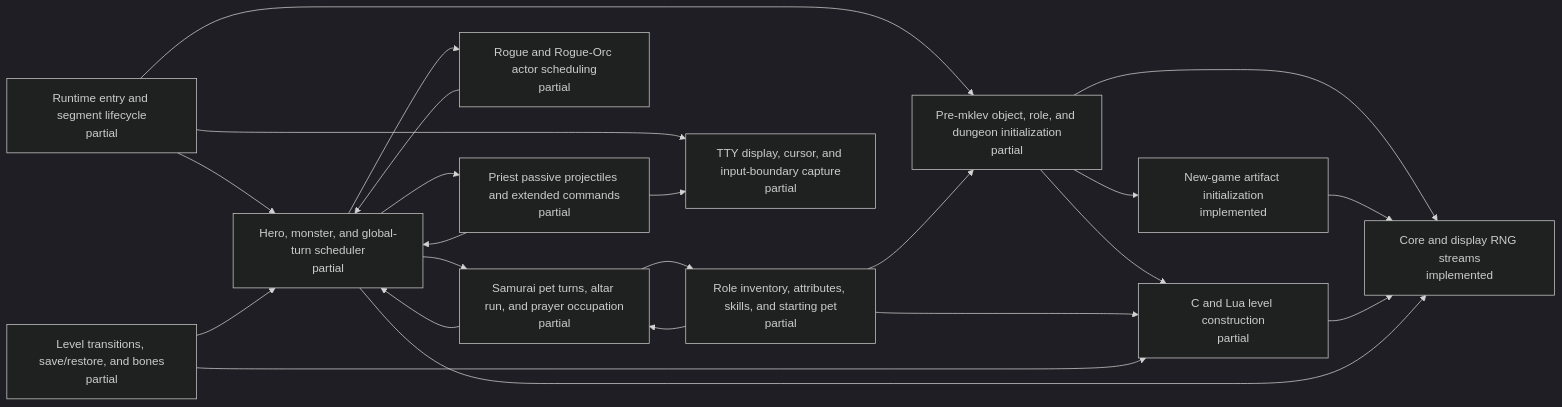
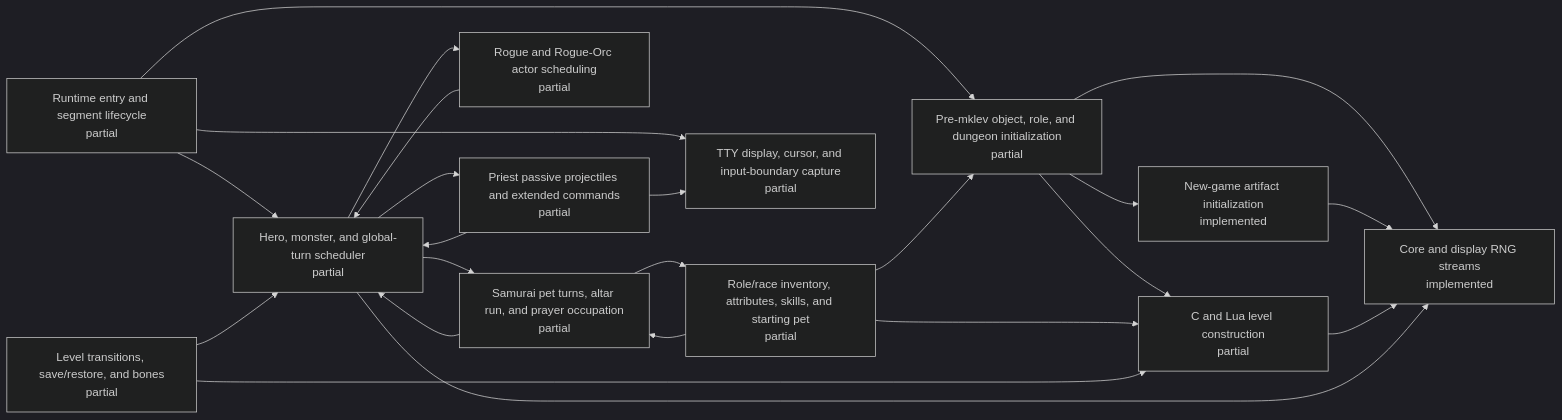
Before and after one commit to daoa0601/teleport-contest: the diagram in docs/architecture/c-lua-ownership.generated.md, drawn with Mermaid (dark theme). The commit also changed other lines of this file and 3 other files, not shown here.

````diff
--- a/docs/architecture/c-lua-ownership.generated.md
+++ b/docs/architecture/c-lua-ownership.generated.md
@@ -11,37 +11,37 @@
 ```mermaid
 flowchart LR
     n_runtime_entry["Runtime entry and segment lifecycle<br/>partial"]
     n_rng_core["Core and display RNG streams<br/>implemented"]
     n_startup_pre_mklev["Pre-mklev object, role, and dungeon initialization<br/>partial"]
     n_startup_artifacts["New-game artifact initialization<br/>implemented"]
-    n_startup_role_inventory["Role inventory, attributes, skills, and starting pet<br/>partial"]
+    n_startup_role_inventory["Role/race inventory, attributes, skills, and starting pet<br/>partial"]
     n_level_generation["C and Lua level construction<br/>partial"]
     n_turn_scheduler["Hero, monster, and global-turn scheduler<br/>partial"]
     n_samurai_pet_turns["Samurai pet turns, altar run, and prayer occupation<br/>partial"]
     n_rogue_actor_scheduling["Rogue and Rogue-Orc actor scheduling<br/>partial"]
     n_priest_passive_projectiles["Priest passive projectiles and extended commands<br/>partial"]
     n_tty_display["TTY display, cursor, and input-boundary capture<br/>partial"]
     n_level_transition_persistence["Level transitions, save/restore, and bones<br/>partial"]
     n_runtime_entry --> n_startup_pre_mklev
     n_runtime_entry --> n_turn_scheduler
     n_runtime_entry --> n_tty_display
     n_startup_pre_mklev --> n_rng_core
     n_startup_pre_mklev --> n_startup_artifacts
     n_startup_pre_mklev --> n_level_generation
     n_startup_artifacts --> n_rng_core
     n_startup_role_inventory --> n_startup_pre_mklev
     n_startup_role_inventory --> n_level_generation
     n_startup_role_inventory --> n_samurai_pet_turns
     n_level_generation --> n_rng_core
     n_turn_scheduler --> n_rng_core
     n_turn_scheduler --> n_samurai_pet_turns
     n_turn_scheduler --> n_rogue_actor_scheduling
     n_turn_scheduler --> n_priest_passive_projectiles
     n_samurai_pet_turns --> n_turn_scheduler
     n_samurai_pet_turns --> n_startup_role_inventory
     n_rogue_actor_scheduling --> n_turn_scheduler
     n_priest_passive_projectiles --> n_turn_scheduler
     n_priest_passive_projectiles --> n_tty_display
     n_level_transition_persistence --> n_level_generation
     n_level_transition_persistence --> n_turn_scheduler
 ```
````
